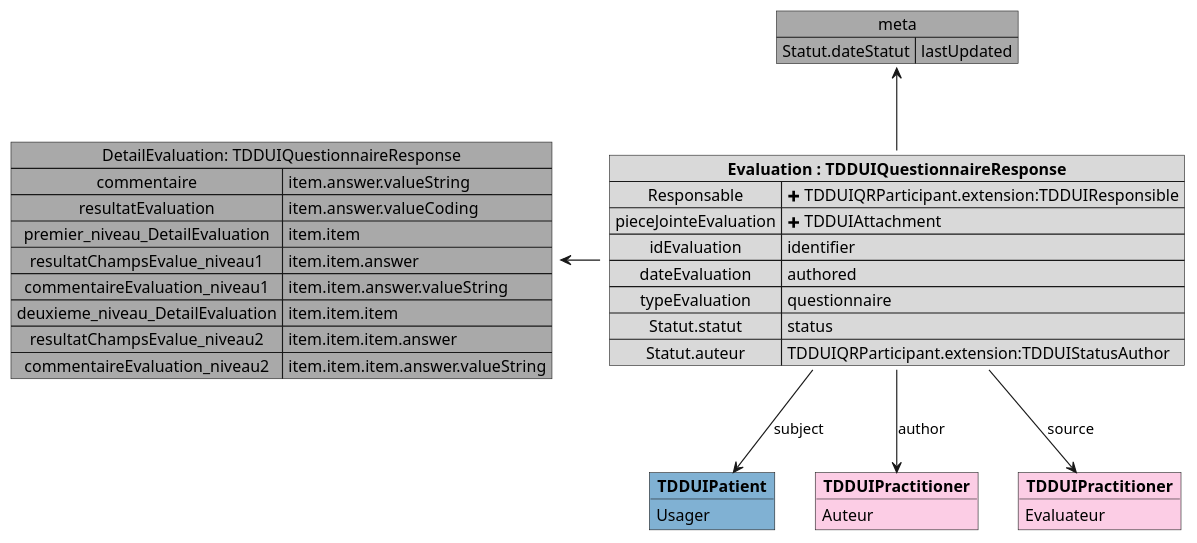
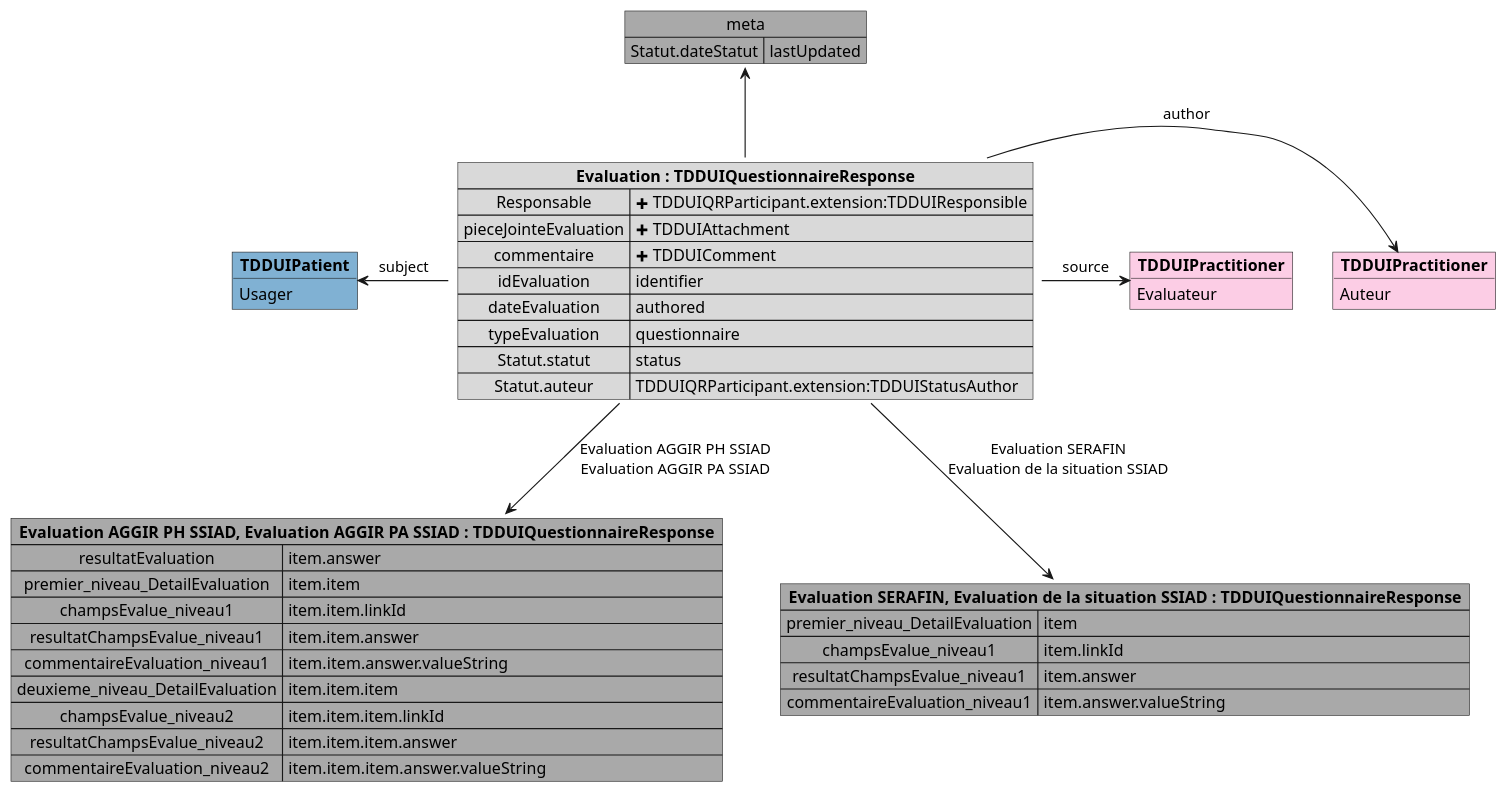
One commit to ansforge/IG-fhir-medicosocial-transfert-donnees-dui changed the diagram in input/images-source/mapping_TDDUIQuestionnaireResponse.plantuml. Above: the diagram before and after it, drawn with PlantUML. The commit also changed 7 other files, not shown here.

```diff
--- a/input/images-source/mapping_TDDUIQuestionnaireResponse.plantuml
+++ b/input/images-source/mapping_TDDUIQuestionnaireResponse.plantuml
@@ -1,47 +1,57 @@
 @startuml
 
-map "DetailEvaluation: TDDUIQuestionnaireResponse" as item #DarkGray {
-    commentaire => item.answer.valueString
-    resultatEvaluation => item.answer.valueCoding
+map "**Evaluation AGGIR PH SSIAD, Evaluation AGGIR PA SSIAD : TDDUIQuestionnaireResponse**" as aggir #DarkGray {
+    resultatEvaluation => item.answer
     premier_niveau_DetailEvaluation => item.item
+    champsEvalue_niveau1 => item.item.linkId
     resultatChampsEvalue_niveau1 => item.item.answer
     commentaireEvaluation_niveau1 => item.item.answer.valueString
     deuxieme_niveau_DetailEvaluation => item.item.item
+    champsEvalue_niveau2 => item.item.item.linkId
     resultatChampsEvalue_niveau2 => item.item.item.answer
     commentaireEvaluation_niveau2 => item.item.item.answer.valueString
+}
+
+map "**Evaluation SERAFIN, Evaluation de la situation SSIAD : TDDUIQuestionnaireResponse**" as autre #DarkGray {
+    premier_niveau_DetailEvaluation => item
+    champsEvalue_niveau1 => item.linkId
+    resultatChampsEvalue_niveau1 => item.answer
+    commentaireEvaluation_niveau1 => item.answer.valueString
 }
 
 map "meta" as meta #DarkGray {
     Statut.dateStatut => lastUpdated
 }
 
 object "**TDDUIPatient**" as TDDUIPatient_subject #80b1d3 {
     Usager
 }
 
 object "**TDDUIPractitioner**" as TDDUIPractitioner_author #fccde5 {
     Auteur
 }
 
 object "**TDDUIPractitioner**" as TDDUIPractitioner_source #fccde5 {
     Evaluateur
 }
 
 map "**Evaluation : TDDUIQuestionnaireResponse**" as Evaluation #d9d9d9 {
     Responsable => <&plus> TDDUIQRParticipant.extension:TDDUIResponsible
     pieceJointeEvaluation => <&plus> TDDUIAttachment
+    commentaire => <&plus> TDDUIComment
     idEvaluation => identifier
     dateEvaluation => authored
     typeEvaluation => questionnaire
     Statut.statut  => status
     Statut.auteur => TDDUIQRParticipant.extension:TDDUIStatusAuthor
 }
 
 Evaluation -u-> meta
-Evaluation -l-> item
+Evaluation --> aggir : Evaluation AGGIR PH SSIAD\nEvaluation AGGIR PA SSIAD
+Evaluation --> autre : Evaluation SERAFIN\nEvaluation de la situation SSIAD
 
-Evaluation --> TDDUIPatient_subject : subject
-Evaluation --> TDDUIPractitioner_author : author
-Evaluation --> TDDUIPractitioner_source : source
+Evaluation -l-> TDDUIPatient_subject : subject
+Evaluation -r-> TDDUIPractitioner_author : author
+Evaluation -r-> TDDUIPractitioner_source : source
 
 @enduml
```
